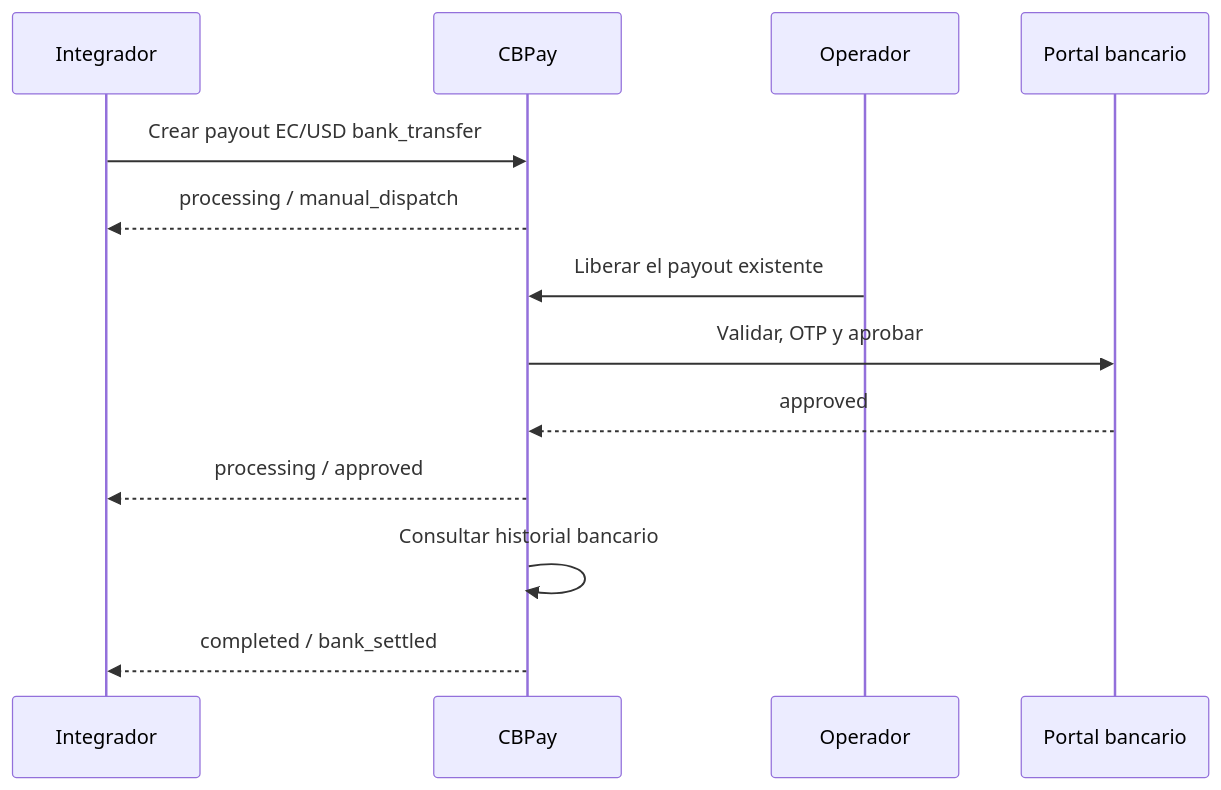
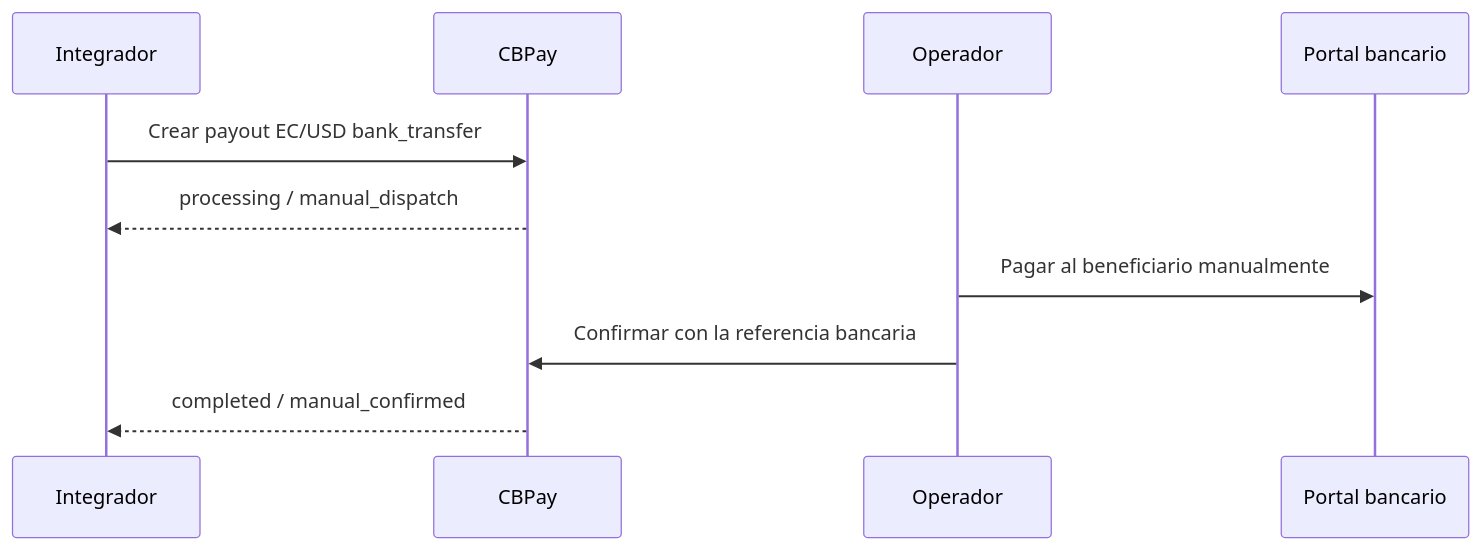
The diagram in es/guides/ecuador-manual-payouts.mdx (CBpayapp/cbpay-docs), drawn with Mermaid before and after one commit. The commit also changed other lines of this file and 32 other files, not shown here.

````diff
--- a/es/guides/ecuador-manual-payouts.mdx
+++ b/es/guides/ecuador-manual-payouts.mdx
@@ -31,15 +30,12 @@
 ```mermaid
 sequenceDiagram
   participant I as Integrador
   participant C as CBPay
   participant O as Operador
   participant B as Portal bancario
   I->>C: Crear payout EC/USD bank_transfer
   C-->>I: processing / manual_dispatch
-  O->>C: Liberar el payout existente
-  C->>B: Validar, OTP y aprobar
-  B-->>C: approved
-  C-->>I: processing / approved
-  C->>C: Consultar historial bancario
-  C-->>I: completed / bank_settled
+  O->>B: Pagar al beneficiario manualmente
+  O->>C: Confirmar con la referencia bancaria
+  C-->>I: completed / manual_confirmed
 ```
````
